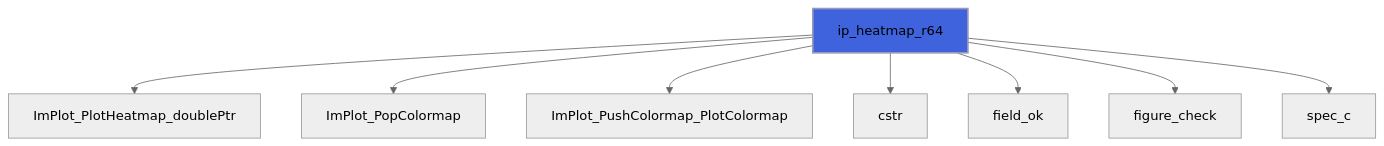
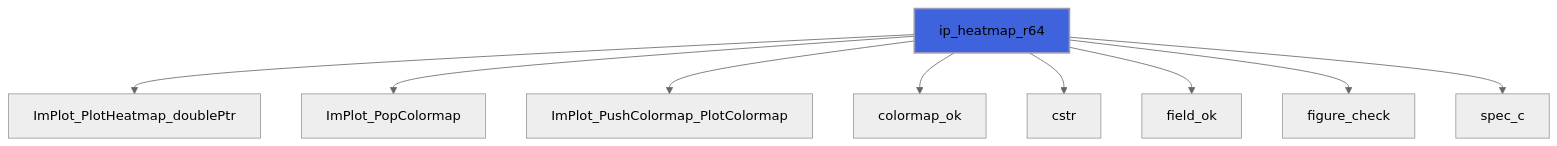
Before and after one commit to szaghi/figure: diagram 23 of 41 in docs/api/src/lib/figure_implot.md, drawn with Mermaid (neutral theme). The commit also changed other lines of this file and 2 other files, not shown here.

First line of the commit message:
docs(api): the API pages regenerated for the colormap registry

````diff
--- a/docs/api/src/lib/figure_implot.md
+++ b/docs/api/src/lib/figure_implot.md
@@ -802,11 +807,12 @@
 ```mermaid
 flowchart TD
   ip_heatmap_r64["ip_heatmap_r64"] --> ImPlot_PlotHeatmap_doublePtr["ImPlot_PlotHeatmap_doublePtr"]
   ip_heatmap_r64["ip_heatmap_r64"] --> ImPlot_PopColormap["ImPlot_PopColormap"]
   ip_heatmap_r64["ip_heatmap_r64"] --> ImPlot_PushColormap_PlotColormap["ImPlot_PushColormap_PlotColormap"]
+  ip_heatmap_r64["ip_heatmap_r64"] --> colormap_ok["colormap_ok"]
   ip_heatmap_r64["ip_heatmap_r64"] --> cstr["cstr"]
   ip_heatmap_r64["ip_heatmap_r64"] --> field_ok["field_ok"]
   ip_heatmap_r64["ip_heatmap_r64"] --> figure_check["figure_check"]
   ip_heatmap_r64["ip_heatmap_r64"] --> spec_c["spec_c"]
   style ip_heatmap_r64 fill:#3e63dd,stroke:#99b,stroke-width:2px
 ```
````
